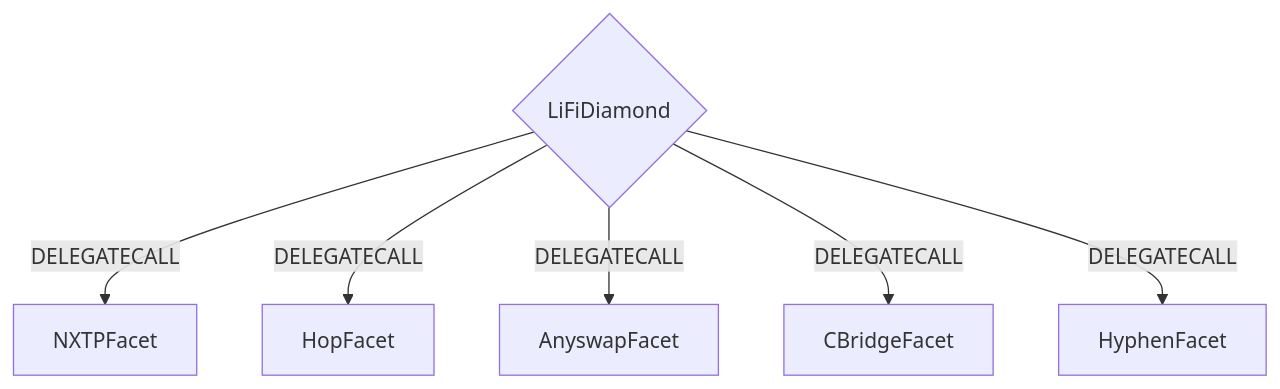
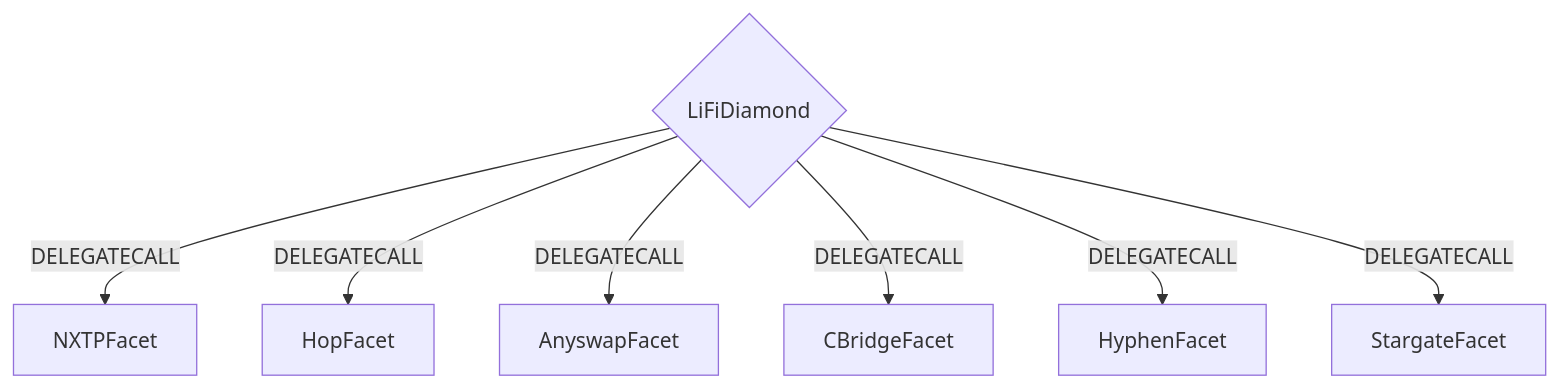
One commit to lifinance/contracts changed the first of 2 diagrams in README.md. Above: the diagram before and after it, drawn with Mermaid. The commit also changed 48 other files, not shown here.

````diff
--- a/README.md
+++ b/README.md
@@ -108,8 +108,9 @@
 ```mermaid
 graph TD;
     D{LiFiDiamond}-- DELEGATECALL -->NXTPFacet;
     D{LiFiDiamond}-- DELEGATECALL -->HopFacet;
     D{LiFiDiamond}-- DELEGATECALL -->AnyswapFacet;
     D{LiFiDiamond}-- DELEGATECALL -->CBridgeFacet;
     D{LiFiDiamond}-- DELEGATECALL -->HyphenFacet;
+    D{LiFiDiamond}-- DELEGATECALL -->StargateFacet;
 ```
````
